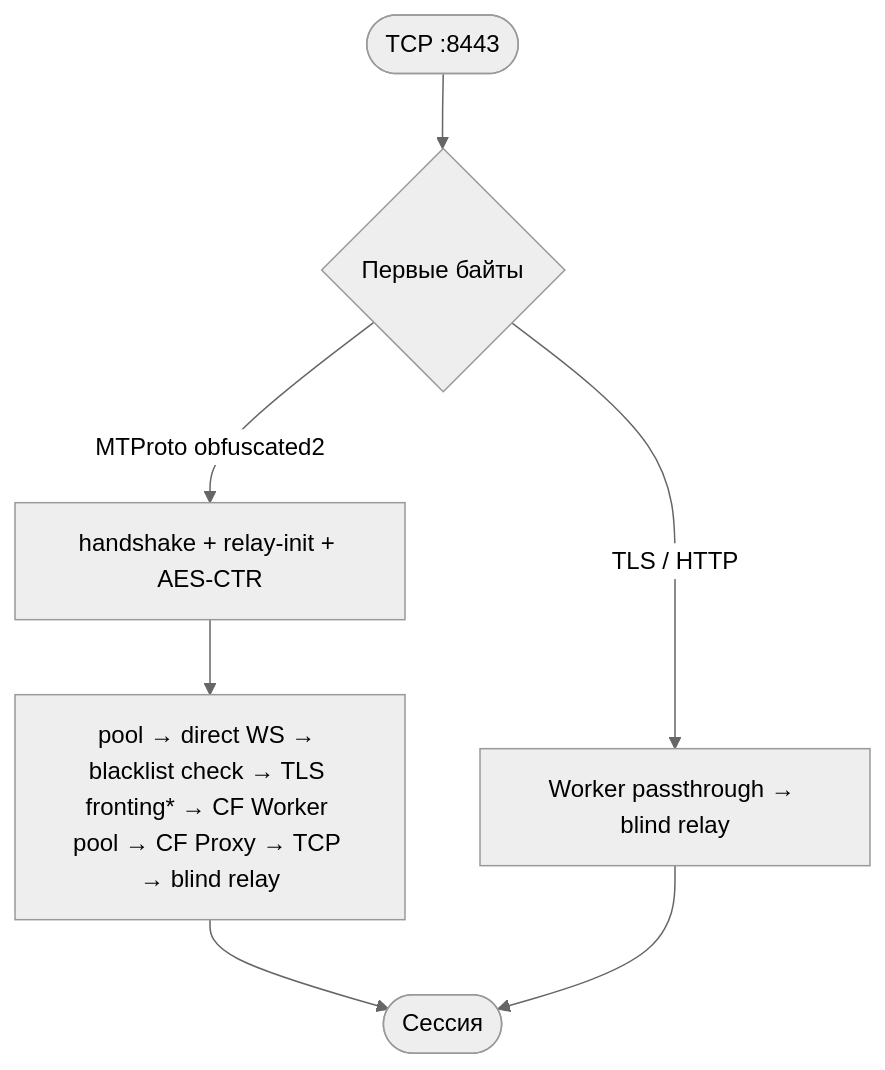
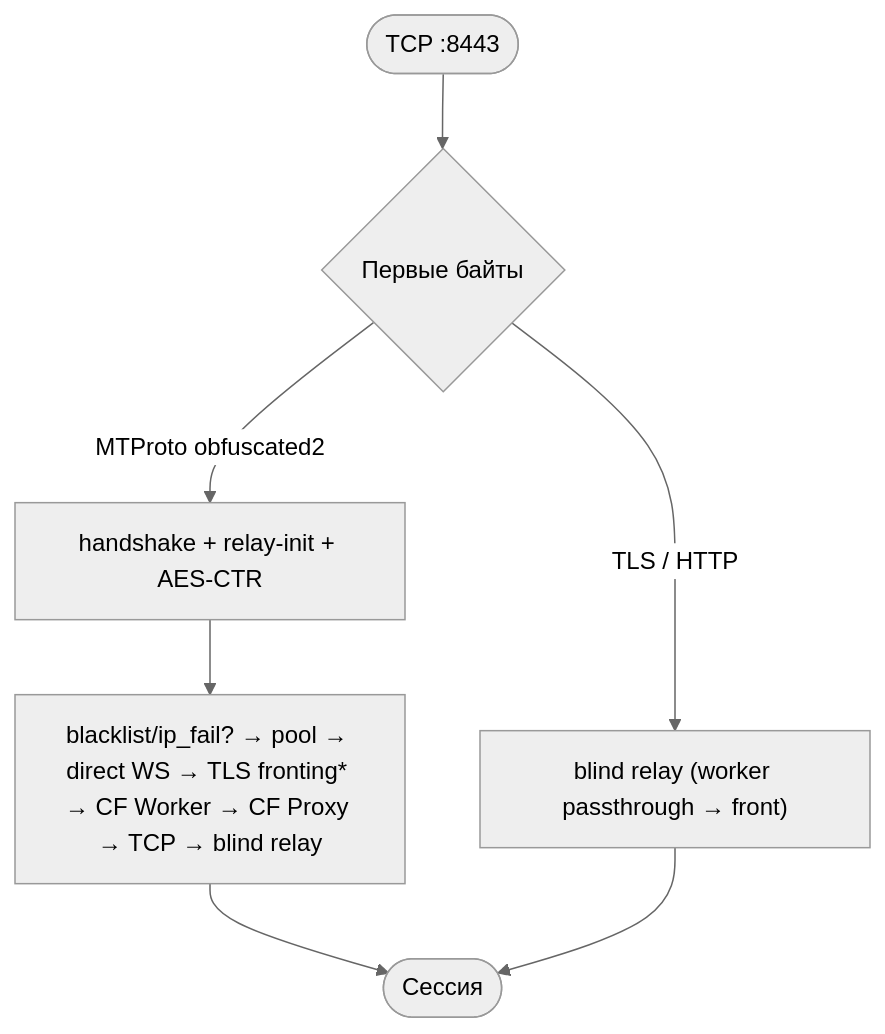
One commit to onebany/wrtg changed the second of 2 diagrams in README.md. Above: the diagram before and after it, drawn with Mermaid (neutral theme). The commit also changed other lines of this file and 6 other files, not shown here.

````diff
--- a/README.md
+++ b/README.md
@@ -63,9 +63,9 @@
 ```mermaid
 flowchart TD
     Start(["TCP :8443"]) --> Classify{"Первые байты"}
-    Classify -->|"TLS / HTTP"| PT["Worker passthrough → blind relay"]
+    Classify -->|"TLS / HTTP"| PT["blind relay (worker passthrough → front)"]
     Classify -->|"MTProto obfuscated2"| Crypto["handshake + relay-init + AES-CTR"]
-    Crypto --> Chain["pool → direct WS → blacklist check → TLS fronting* → CF Worker pool → CF Proxy → TCP → blind relay"]
+    Crypto --> Chain["blacklist/ip_fail? → pool → direct WS → TLS fronting* → CF Worker → CF Proxy → TCP → blind relay"]
     Chain --> Done(["Сессия"])
     PT --> Done
 ```
````
